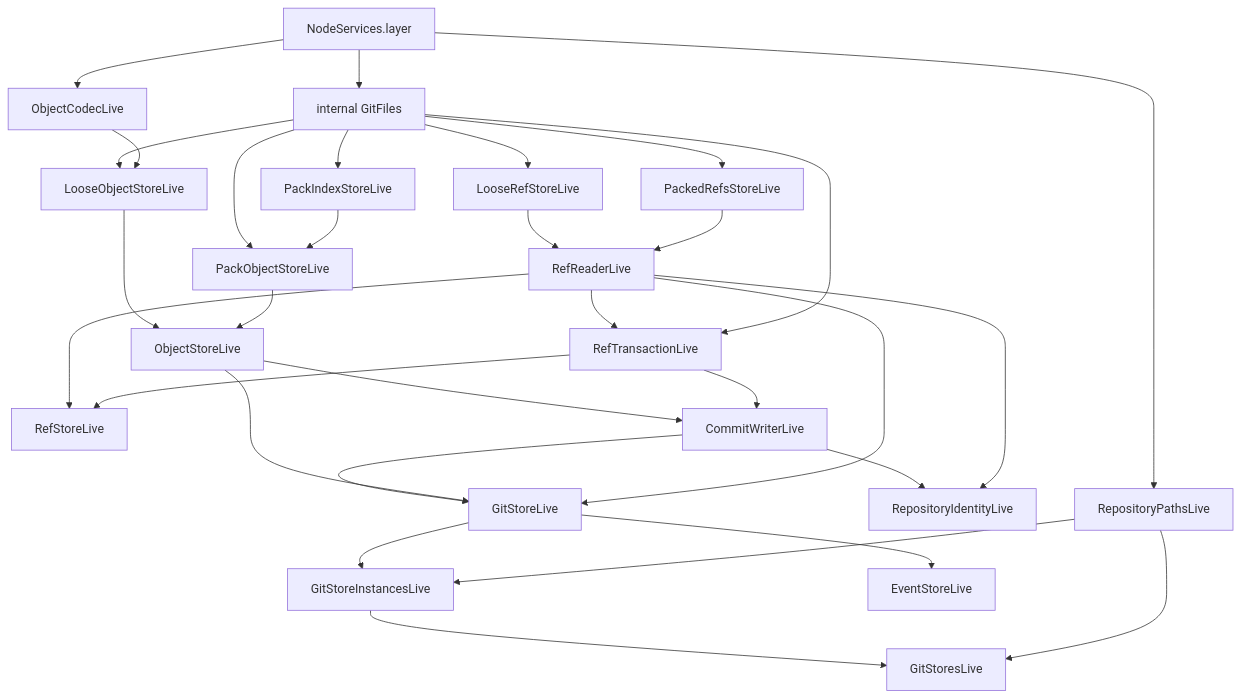
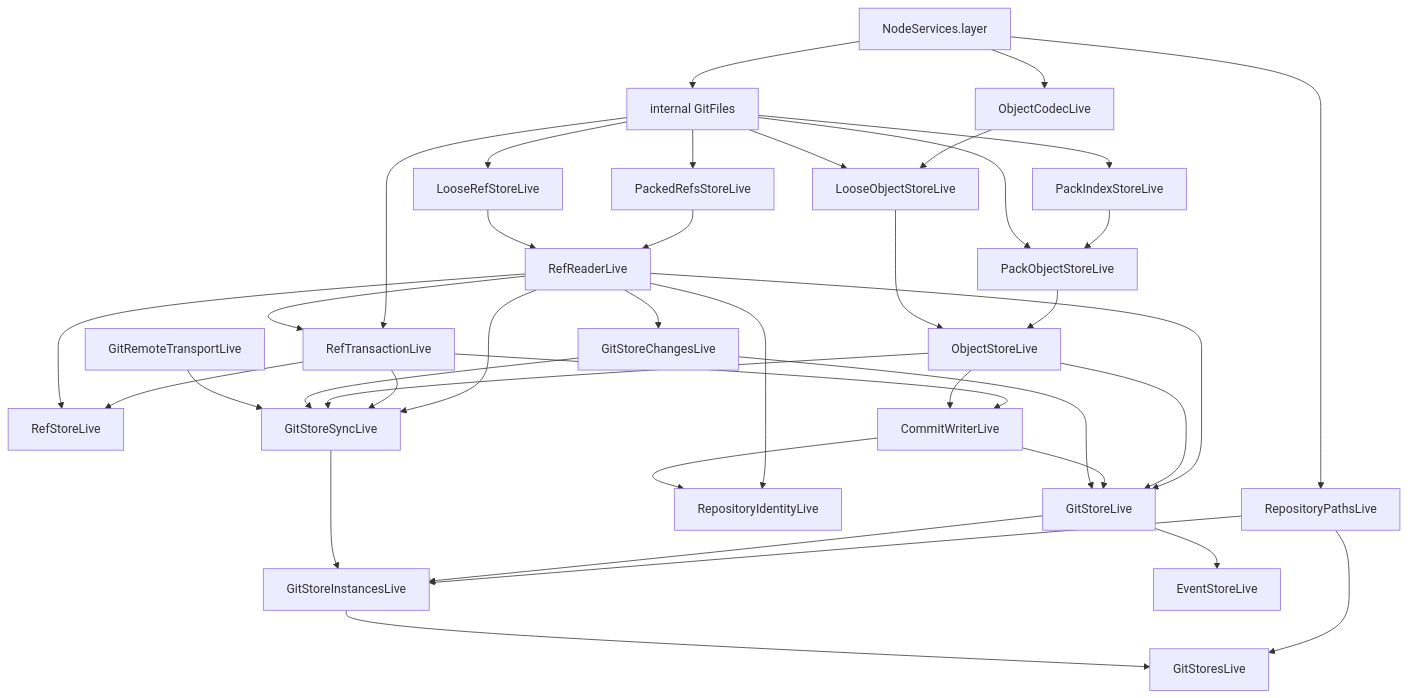
The first of 13 diagrams in packages/git-store/SPEC.md (robertpitt/cycle), drawn with Mermaid before and after one commit. The commit also changed other lines of this file and 84 other files, not shown here.

Commit message:
Migrate git-db to new git-store

````diff
--- a/packages/git-store/SPEC.md
+++ b/packages/git-store/SPEC.md
@@ -129,53 +138,64 @@
 ```mermaid
 flowchart TD
   NodeServices["NodeServices.layer"]
   RepositoryPaths["RepositoryPathsLive"]
   GitFiles["internal GitFiles"]
   ObjectCodec["ObjectCodecLive"]
   LooseObjectStore["LooseObjectStoreLive"]
   PackIndexStore["PackIndexStoreLive"]
   PackObjectStore["PackObjectStoreLive"]
   ObjectStore["ObjectStoreLive"]
   LooseRefStore["LooseRefStoreLive"]
   PackedRefsStore["PackedRefsStoreLive"]
   RefReader["RefReaderLive"]
   RefStore["RefStoreLive"]
   RefTransaction["RefTransactionLive"]
   CommitWriter["CommitWriterLive"]
   RepositoryIdentity["RepositoryIdentityLive"]
+  GitStoreChanges["GitStoreChangesLive"]
+  GitRemoteTransport["GitRemoteTransportLive"]
+  GitStoreSync["GitStoreSyncLive"]
   GitStore["GitStoreLive"]
   GitStoreInstances["GitStoreInstancesLive"]
   GitStores["GitStoresLive"]
   EventStore["EventStoreLive"]
 
   NodeServices --> RepositoryPaths
   NodeServices --> GitFiles
   NodeServices --> ObjectCodec
   GitFiles --> LooseObjectStore
   ObjectCodec --> LooseObjectStore
   GitFiles --> PackIndexStore
   GitFiles --> PackObjectStore
   PackIndexStore --> PackObjectStore
   LooseObjectStore --> ObjectStore
   PackObjectStore --> ObjectStore
   GitFiles --> LooseRefStore
   GitFiles --> PackedRefsStore
   LooseRefStore --> RefReader
   PackedRefsStore --> RefReader
   RefReader --> RefTransaction
   GitFiles --> RefTransaction
   RefReader --> RefStore
   RefTransaction --> RefStore
   ObjectStore --> CommitWriter
   RefTransaction --> CommitWriter
   CommitWriter --> RepositoryIdentity
   RefReader --> RepositoryIdentity
+  RefReader --> GitStoreChanges
+  GitRemoteTransport --> GitStoreSync
+  GitStoreChanges --> GitStoreSync
+  ObjectStore --> GitStoreSync
+  RefTransaction --> GitStoreSync
+  RefReader --> GitStoreSync
+  GitStoreChanges --> GitStore
   CommitWriter --> GitStore
   ObjectStore --> GitStore
   RefReader --> GitStore
+  GitStoreSync --> GitStoreInstances
   GitStore --> GitStoreInstances
   RepositoryPaths --> GitStoreInstances
   GitStoreInstances --> GitStores
   RepositoryPaths --> GitStores
   GitStore --> EventStore
 ```
````
